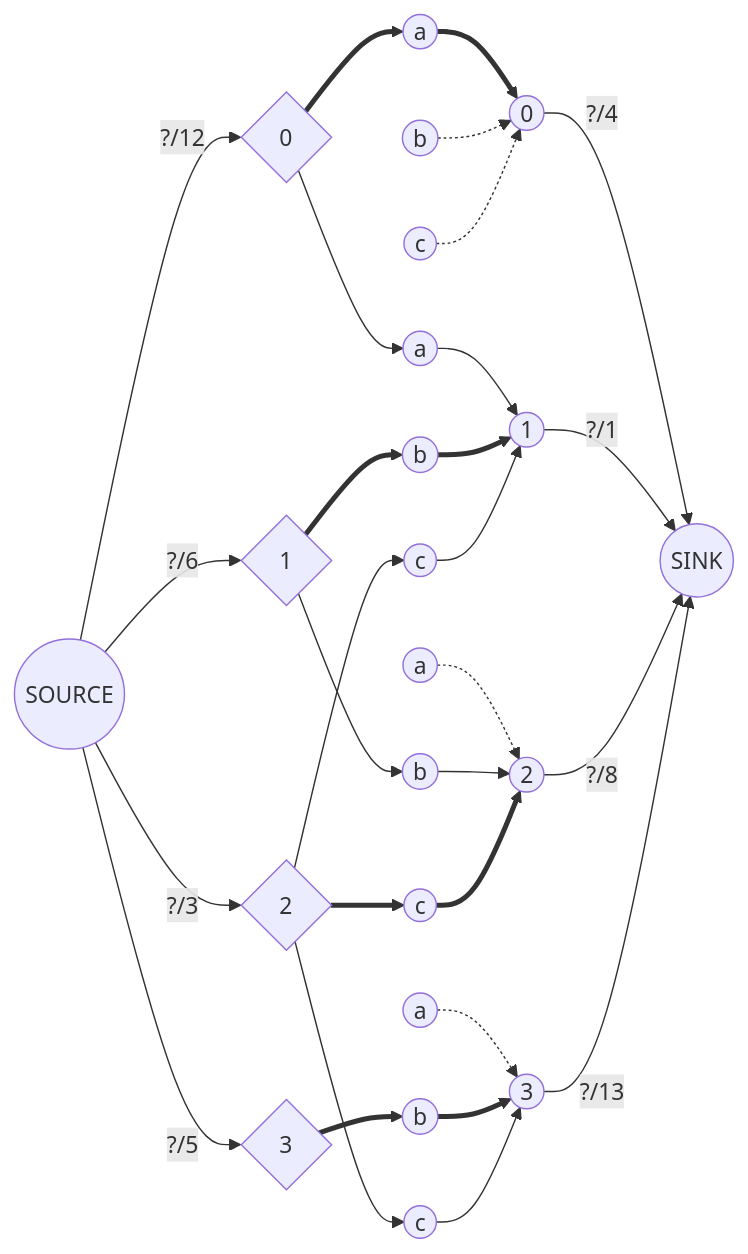
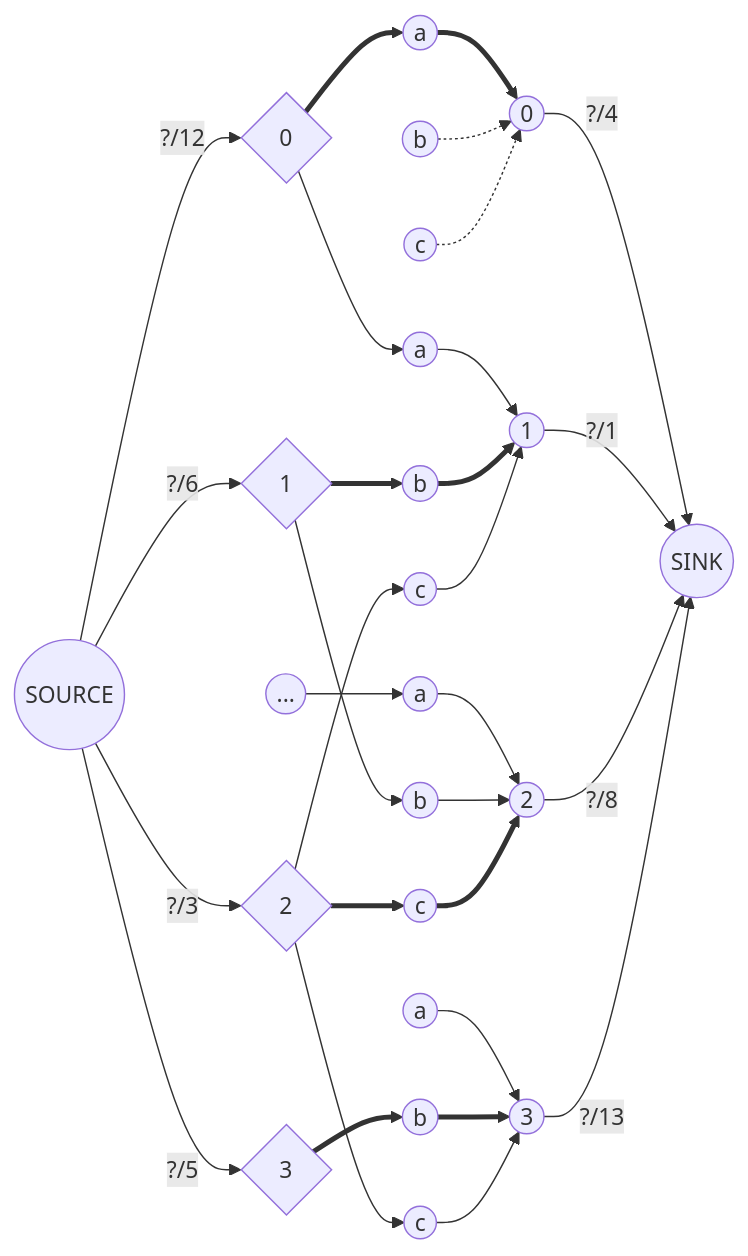
One commit to bfeitknecht/vault changed the second of 2 diagrams in vault/sem2/AuW/UE/cx/bf/cx09-bf.md. Above: the diagram before and after it, drawn with Mermaid.

Commit message:
vault backup: 2024-05-18 21:48:37 from MacBook Pro (echo)
Affected files:
vault/sem2/AuW/UE/cx/bf/cx09-bf.md

````diff
--- a/vault/sem2/AuW/UE/cx/bf/cx09-bf.md
+++ b/vault/sem2/AuW/UE/cx/bf/cx09-bf.md
@@ -22,63 +22,64 @@
 ```mermaid
 flowchart LR
 
 idF(("SOURCE"))
 idT(("SINK"))
 
 idf0{0}
 idf1{1}
 idf2{2}
 idf3{3}
 
 id0a((a))
 id0b((b))
 id0c((c))
 
 id1a((a))
 id1b((b))
 id1c((c))
 
 id2a((a))
 id2b((b))
 id2c((c))
 
 id3a((a))
 id3b((b))
 id3c((c))
 
 idt0((0))
 idt1((1))
 idt2((2))
 idt3((3))
 
 %%%%%%%%%%%%%%%%%%%%%%%%%%%%%%%%%%%%%%%%%%%%
 
 idF -->|"?/12"| idf0 
 idF -->|"?/6"| idf1
 idF -->|"?/3"| idf2
 idF -->|"?/5"| idf3
 
 idt0 -->|"?/4"| idT 
 idt1 -->|"?/1"| idT
 idt2 -->|"?/8"| idT
 idt3 -->|"?/13"| idT
 
+idx0(("..."))
 
 idf0 ==> id0a ==> idt0
 id0b -.-> idt0
 id0c -.-> idt0
 
 idf0 --> id1a --> idt1
 idf1 ==> id1b ==> idt1
 idf2 --> id1c --> idt1
 
-id2a -.-> idt2
+idx0 --> id2a --> idt2
 idf1 --> id2b --> idt2
 idf2 ==> id2c ==> idt2
 
-id3a -.-> idt3
+id3a --> idt3
 idf3 ==> id3b ==> idt3
 idf2 --> id3c --> idt3
 
 
 ```
````
